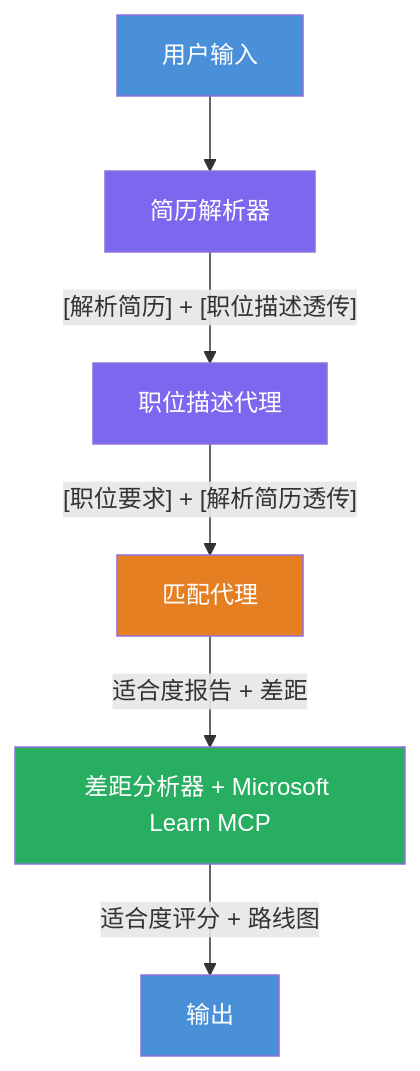
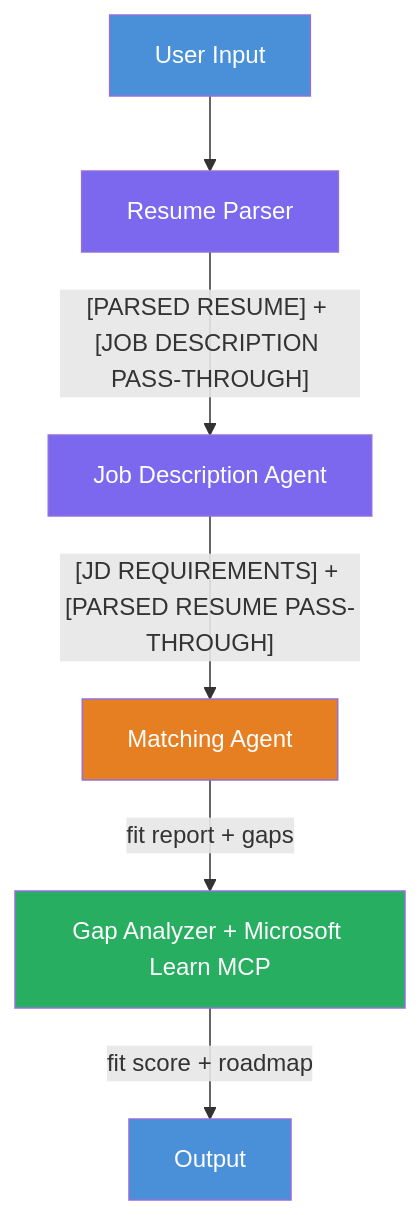
One commit to microsoft-foundry/Foundry_Toolkit_for_VSCode_Lab changed the diagram in translations/zh-CN/workshop/lab02-multi-agent/README.md. Above: the diagram before and after it, drawn with Mermaid. The commit also changed other lines of this file and 55 other files, not shown here.

````diff
--- a/translations/zh-CN/workshop/lab02-multi-agent/README.md
+++ b/translations/zh-CN/workshop/lab02-multi-agent/README.md
@@ -13,15 +13,15 @@
 ```mermaid
 flowchart TD
-    A["用户输入"] --> B["简历解析器"]
-    B -->|"[解析简历] + [职位描述透传]"| C["职位描述代理"]
-    C -->|"[职位要求] + [解析简历透传]"| D["匹配代理"]
-    D -->|适合度报告 + 差距| E["差距分析器 + Microsoft Learn MCP"]
-    E -->|适合度评分 + 路线图| F["输出"]
+    A["User Input"] --> B["Resume Parser"]
+    B -->|"[PARSED RESUME] + [JOB DESCRIPTION PASS-THROUGH]"| C["Job Description Agent"]
+    C -->|"[JD REQUIREMENTS] + [PARSED RESUME PASS-THROUGH]"| D["Matching Agent"]
+    D -->|fit report + gaps| E["Gap Analyzer + Microsoft Learn MCP"]
+    E -->|fit score + roadmap| F["Output"]
 
     style A fill:#4A90D9,color:#fff
     style B fill:#7B68EE,color:#fff
     style C fill:#7B68EE,color:#fff
     style D fill:#E67E22,color:#fff
     style E fill:#27AE60,color:#fff
     style F fill:#4A90D9,color:#fff
 ```
````
